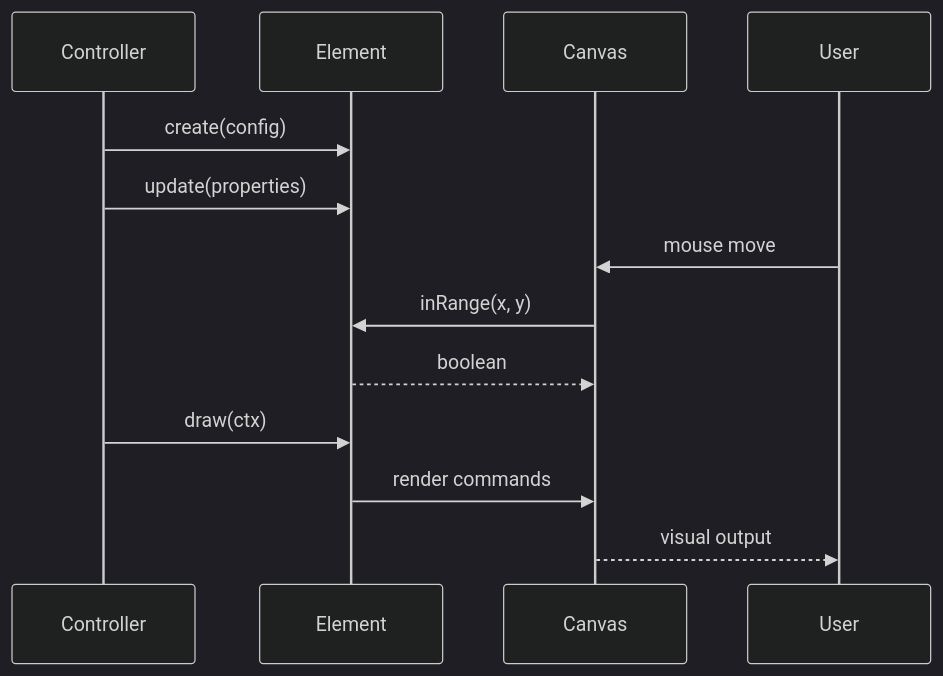
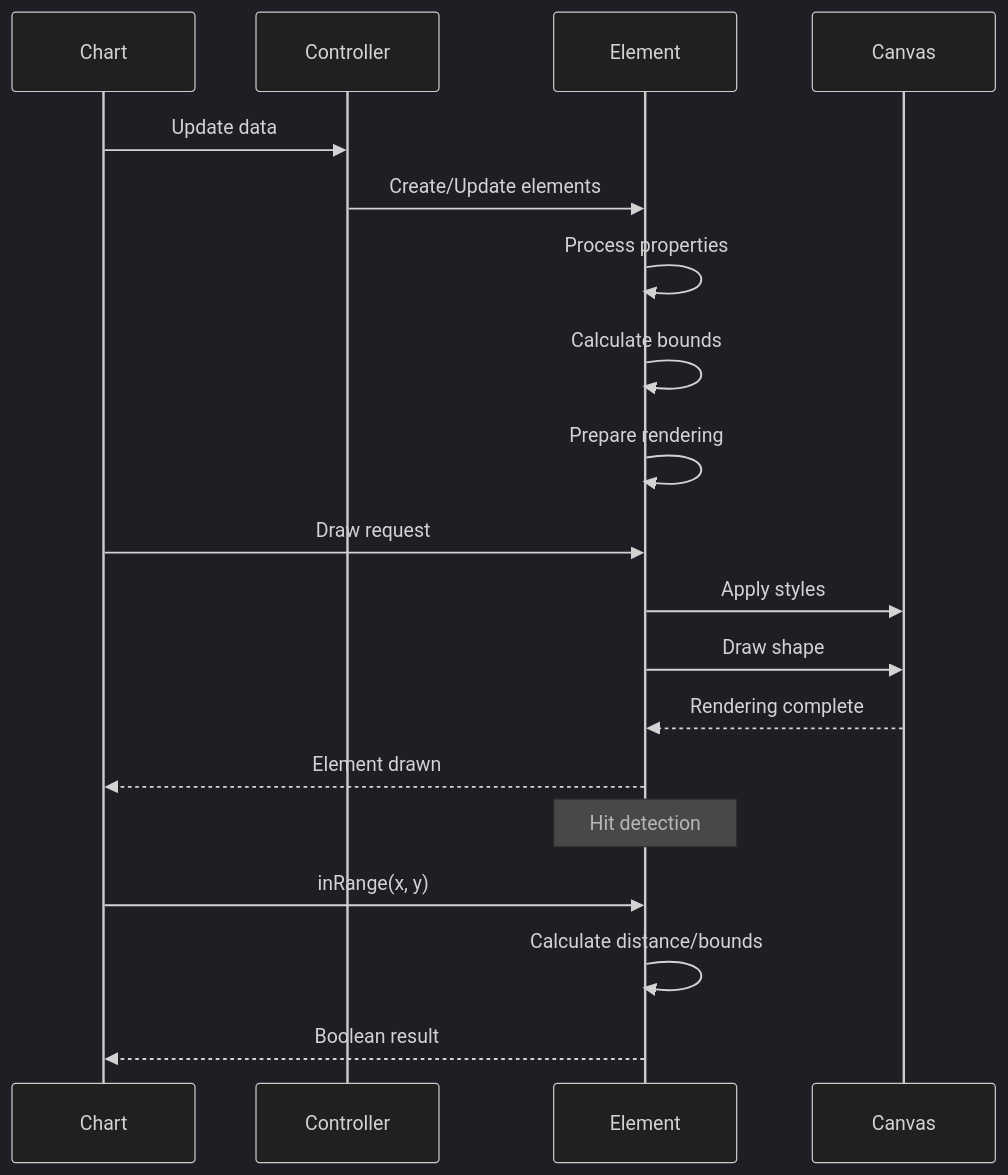
The third of 3 diagrams in docs/chartjs--Chart.js-docs/elements.md (FSoft-AI4Code/codewiki-demo), drawn with Mermaid (dark theme) before and after one commit. The commit also changed other lines of this file and 1103 other files, not shown here.

````diff
--- a/docs/chartjs--Chart.js-docs/elements.md
+++ b/docs/chartjs--Chart.js-docs/elements.md
@@ -127,16 +205,23 @@
 ```mermaid
 sequenceDiagram
+    participant Chart
     participant Controller
     participant Element
     participant Canvas
-    participant User
     
-    Controller->>Element: create(config)
-    Controller->>Element: update(properties)
-    User->>Canvas: mouse move
-    Canvas->>Element: inRange(x, y)
-    Element-->>Canvas: boolean
-    Controller->>Element: draw(ctx)
-    Element->>Canvas: render commands
-    Canvas-->>User: visual output
+    Chart->>Controller: Update data
+    Controller->>Element: Create/Update elements
+    Element->>Element: Process properties
+    Element->>Element: Calculate bounds
+    Element->>Element: Prepare rendering
+    Chart->>Element: Draw request
+    Element->>Canvas: Apply styles
+    Element->>Canvas: Draw shape
+    Canvas-->>Element: Rendering complete
+    Element-->>Chart: Element drawn
+    
+    Note over Element: Hit detection
+    Chart->>Element: inRange(x, y)
+    Element->>Element: Calculate distance/bounds
+    Element-->>Chart: Boolean result
 ```
````
